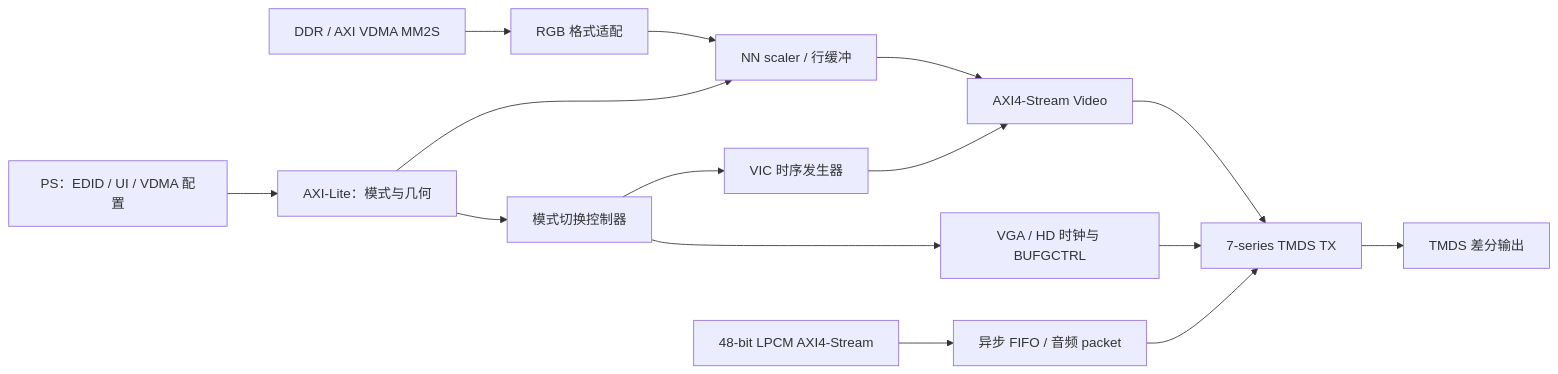
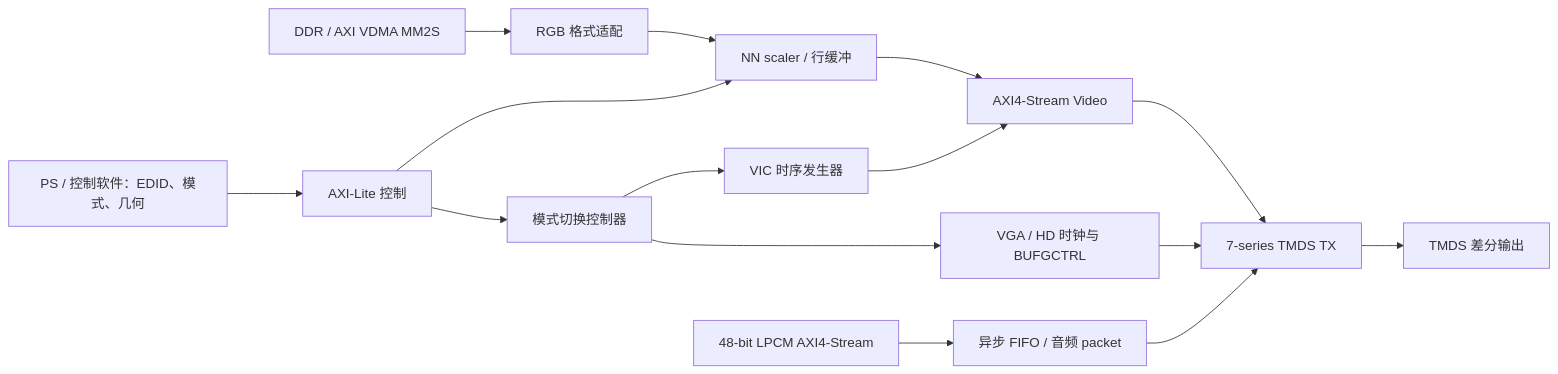
Before and after one commit to ArthurPan2026/EmbeddedVideoIP: the diagram in README.md, drawn with Mermaid. The commit also changed other lines of this file and 14 other files, not shown here.

````diff
--- a/README.md
+++ b/README.md
@@ -9,17 +7,17 @@
 ```mermaid
 flowchart LR
-    PS["PS：EDID / UI / VDMA 配置"] --> CTRL["AXI-Lite：模式与几何"]
+    PS["PS / 控制软件：EDID、模式、几何"] --> CTRL["AXI-Lite 控制"]
     DDR["DDR / AXI VDMA MM2S"] --> FORMAT["RGB 格式适配"]
     FORMAT --> SCALER["NN scaler / 行缓冲"]
     CTRL --> SCALER
     CTRL --> MODE["模式切换控制器"]
     MODE --> CLOCKS["VGA / HD 时钟与 BUFGCTRL"]
     MODE --> TIMING["VIC 时序发生器"]
     SCALER --> VOUT["AXI4-Stream Video"]
     TIMING --> VOUT
     VOUT --> TX["7-series TMDS TX"]
     CLOCKS --> TX
     PCM["48-bit LPCM AXI4-Stream"] --> FIFO["异步 FIFO / 音频 packet"]
     FIFO --> TX
     TX --> HDMI["TMDS 差分输出"]
 ```
````
